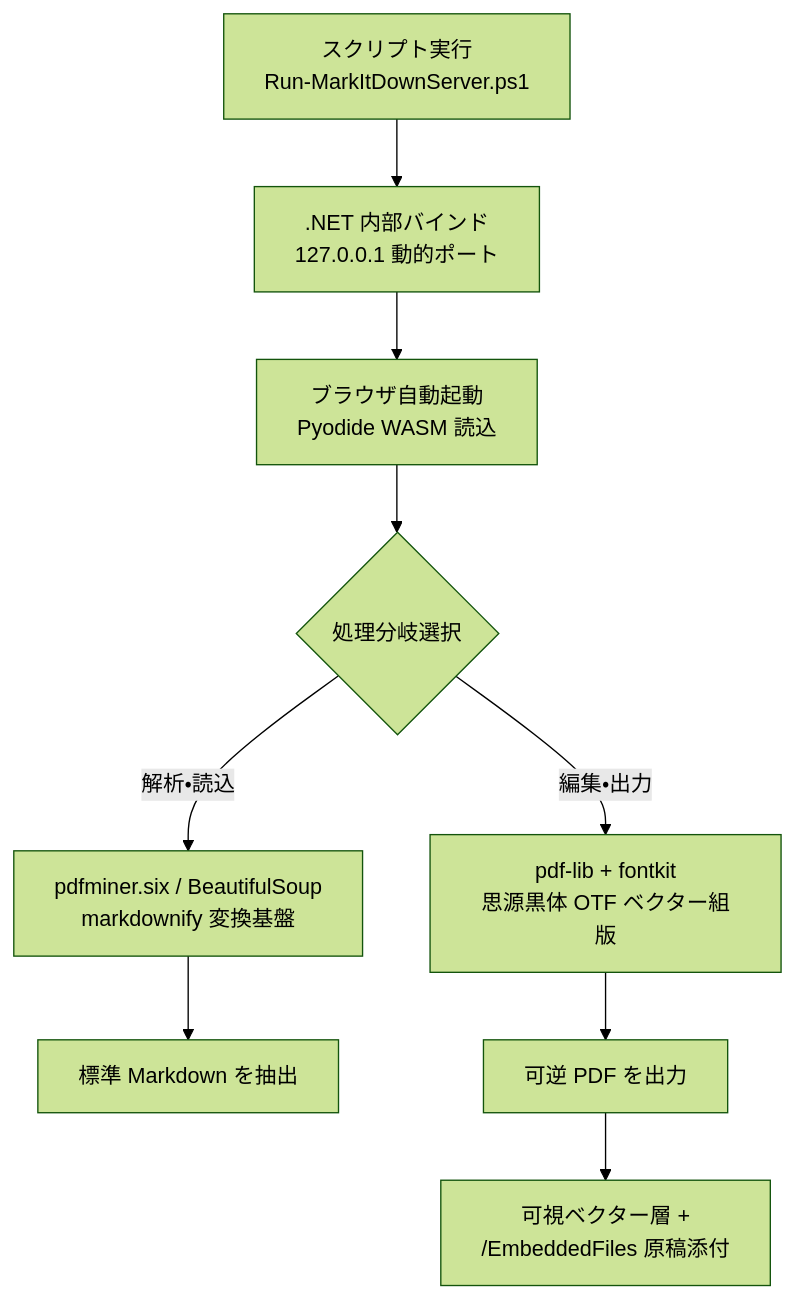
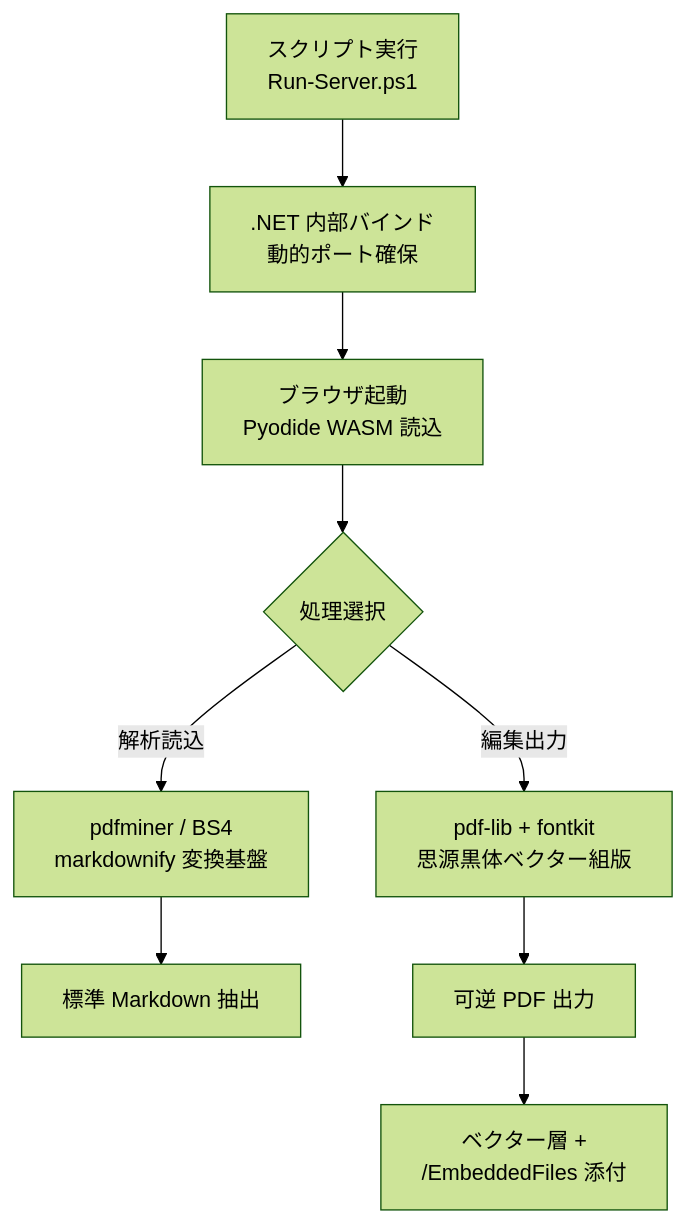
One commit to ystartgo/MD_exchange changed the third of 3 diagrams in README.md. Above: the diagram before and after it, drawn with Mermaid (forest theme). The commit also changed other lines of this file, not shown here.

````diff
--- a/README.md
+++ b/README.md
@@ -160,11 +160,11 @@
 ```mermaid
 flowchart TD
-    A[スクリプト実行<br/>Run-MarkItDownServer.ps1] --> B[.NET 内部バインド<br/>127.0.0.1 動的ポート]
-    B --> C[ブラウザ自動起動<br/>Pyodide WASM 読込]
-    C --> D{処理分岐選択}
-    D -->|解析・読込| E[pdfminer.six / BeautifulSoup<br/>markdownify 変換基盤]
-    D -->|編集・出力| F[pdf-lib + fontkit<br/>思源黒体 OTF ベクター組版]
-    E --> G[標準 Markdown を抽出]
-    F --> H[可逆 PDF を出力]
-    H --> I[可視ベクター層 +<br/>/EmbeddedFiles 原稿添付]
+    A["スクリプト実行<br>Run-Server.ps1"] --> B[".NET 内部バインド<br>動的ポート確保"]
+    B --> C["ブラウザ起動<br>Pyodide WASM 読込"]
+    C --> D{"処理選択"}
+    D -->|解析読込| E["pdfminer / BS4<br>markdownify 変換基盤"]
+    D -->|編集出力| F["pdf-lib + fontkit<br>思源黒体ベクター組版"]
+    E --> G["標準 Markdown 抽出"]
+    F --> H["可逆 PDF 出力"]
+    H --> I["ベクター層 +<br>/EmbeddedFiles 添付"]
 ```
````
